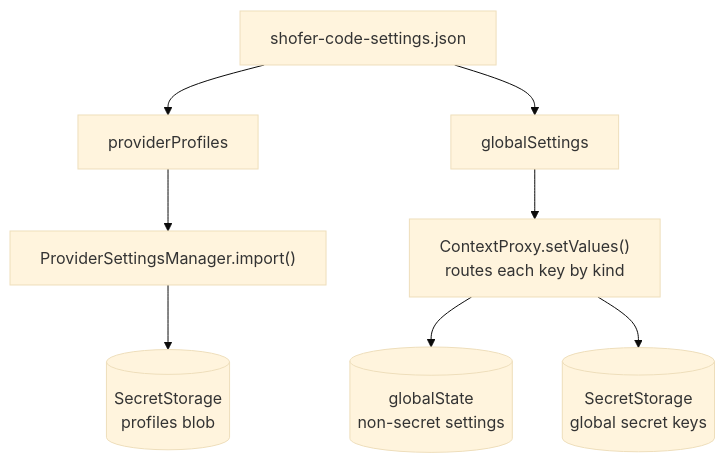
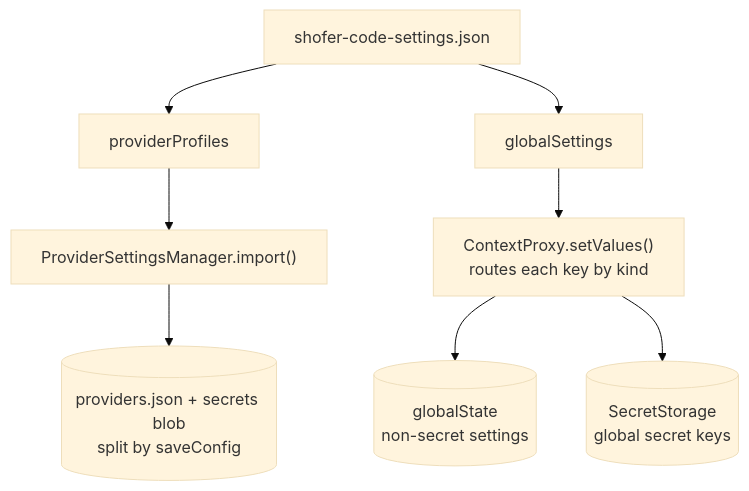
The fourth of 5 diagrams in docs/settings_overlay.md (shofer-dev/shofer), drawn with Mermaid (base theme) before and after one commit. The commit also changed other lines of this file and 14 other files, not shown here.

````diff
--- a/docs/settings_overlay.md
+++ b/docs/settings_overlay.md
@@ -938,18 +910,18 @@
 ```mermaid
 flowchart TD
     F["shofer-code-settings.json"]
     PP["providerProfiles"]
     GSJ["globalSettings"]
     PSM["ProviderSettingsManager.import()"]
     CPX["ContextProxy.setValues()<br/>routes each key by kind"]
-    BLOB[("SecretStorage<br/>profiles blob")]
+    BLOB[("providers.json + secrets blob<br/>split by saveConfig")]
     GST[("globalState<br/>non-secret settings")]
     KEYS[("SecretStorage<br/>global secret keys")]
 
     F --> PP
     F --> GSJ
     PP --> PSM --> BLOB
     GSJ --> CPX
     CPX --> GST
     CPX --> KEYS
 ```
````
